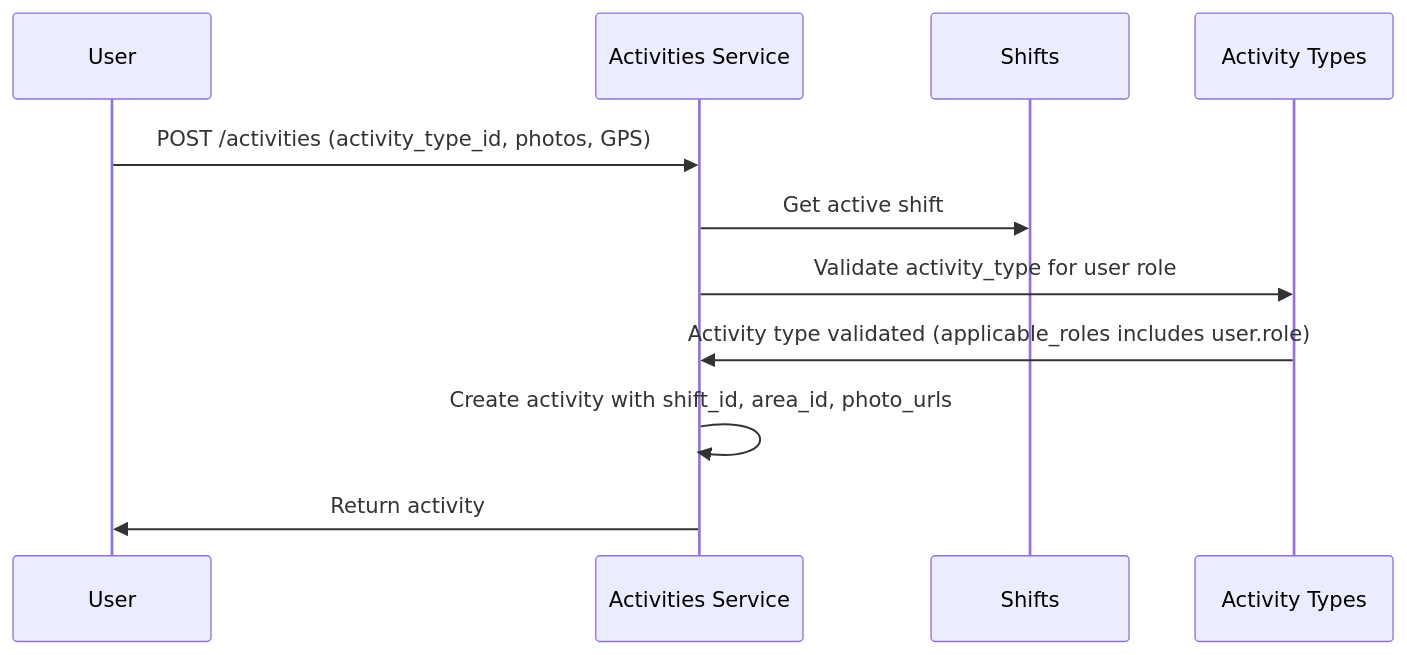
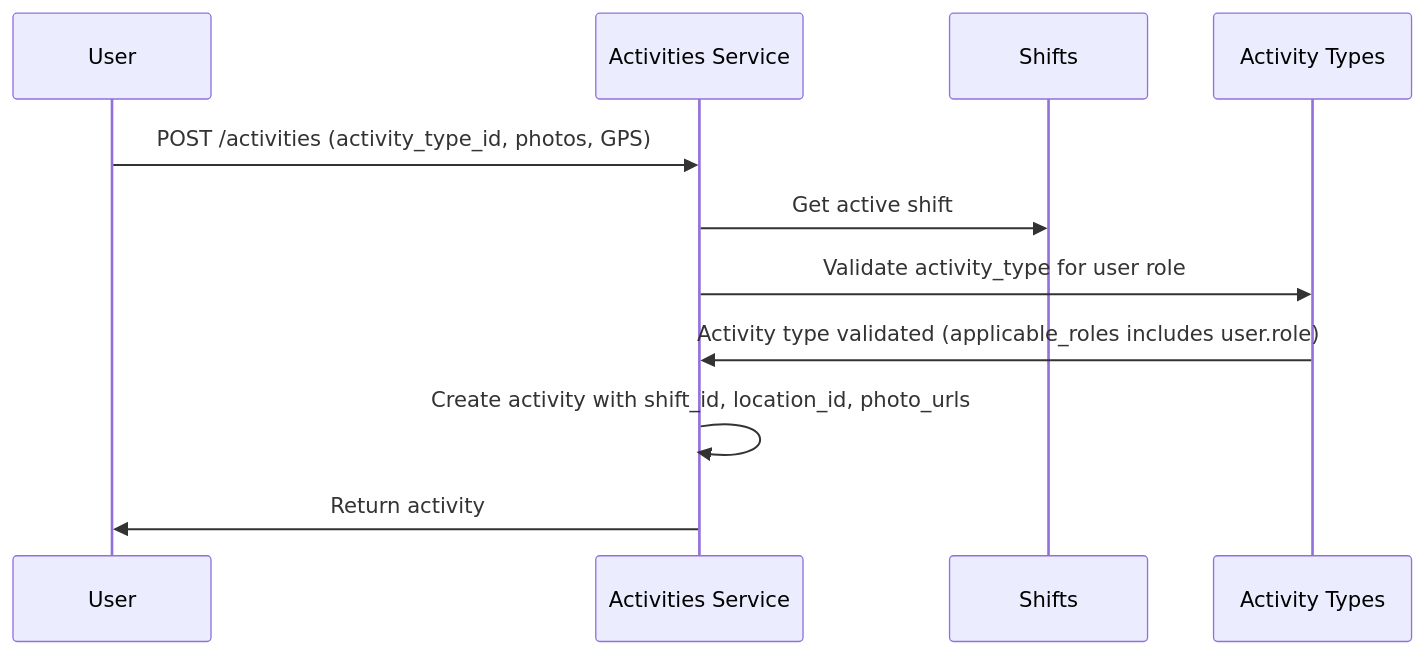
One commit to dlhsby/sekar changed the eighth of 13 diagrams in specs/database/erd.md. Above: the diagram before and after it, drawn with Mermaid. The commit also changed other lines of this file and 45 other files, not shown here.

First line of the commit message:
docs(specs): sweep Area→Location terminology on the revamp line

````diff
--- a/specs/database/erd.md
+++ b/specs/database/erd.md
@@ -544,14 +544,14 @@
 ```mermaid
 sequenceDiagram
     participant U as User
     participant A as Activities Service
     participant S as Shifts
     participant AT as Activity Types
 
     U->>A: POST /activities (activity_type_id, photos, GPS)
     A->>S: Get active shift
     A->>AT: Validate activity_type for user role
     AT->>A: Activity type validated (applicable_roles includes user.role)
-    A->>A: Create activity with shift_id, area_id, photo_urls
+    A->>A: Create activity with shift_id, location_id, photo_urls
     A->>U: Return activity
 ```
````
